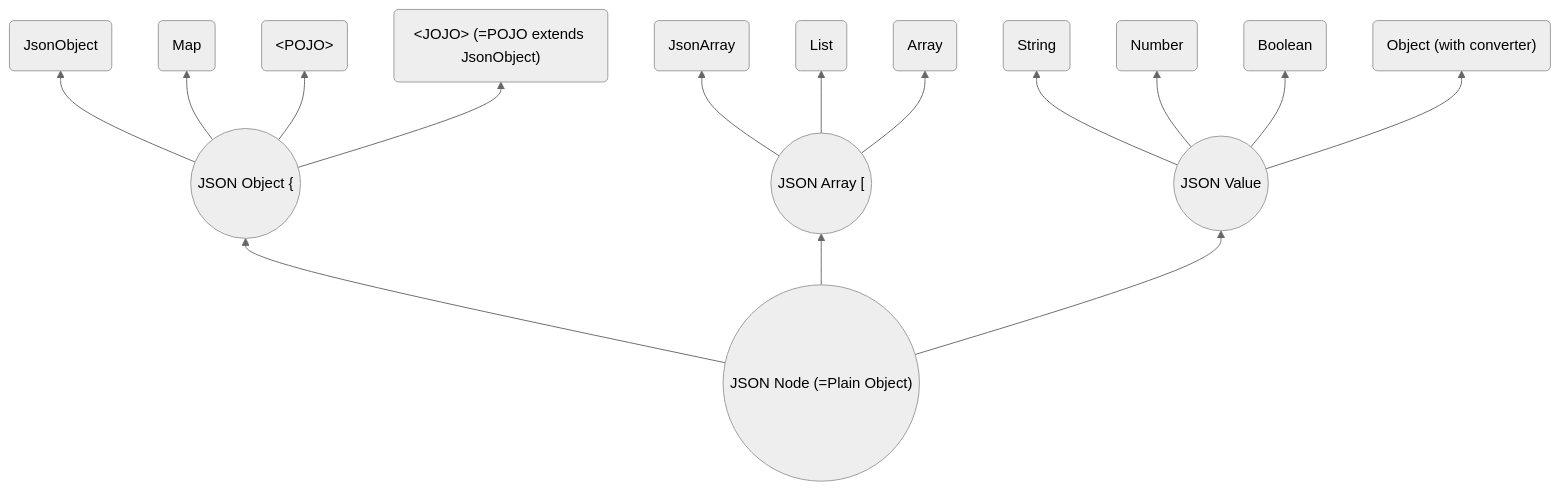
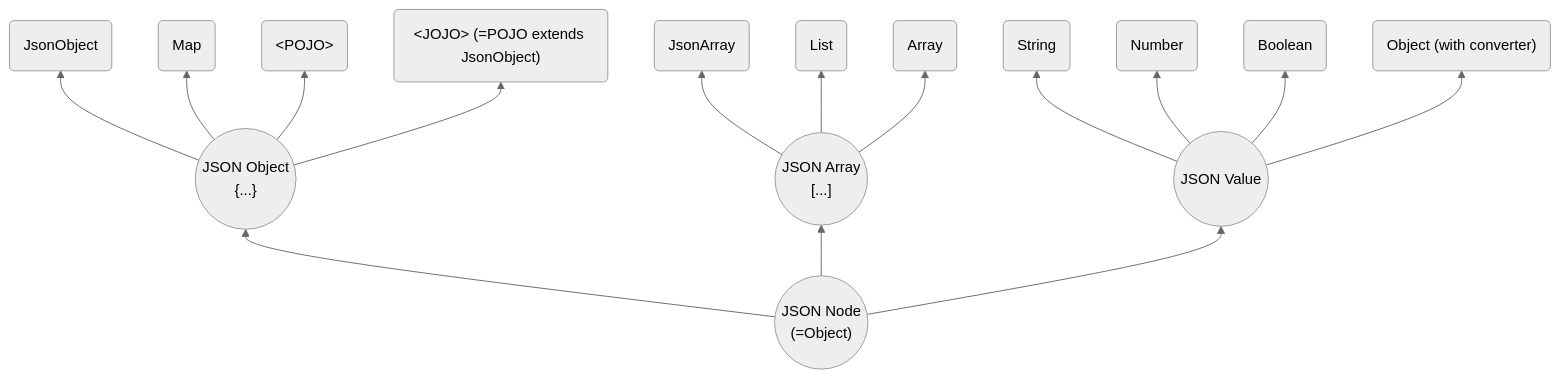
Before and after one commit to sjf4j-projects/sjf4j: the diagram in README.md, drawn with Mermaid (neutral theme).

````diff
--- a/README.md
+++ b/README.md
@@ -4,19 +4,19 @@
 ```mermaid
 graph BT
-    node(("JSON Node (=Plain Object)"))
-    node --> object(("JSON Object {"))
+    node(("JSON Node <br/> (=Object)"))
+    node --> object(("JSON Object <br/> {...}"))
         object --> jo("JsonObject")
         object --> map("Map")
         object --> pojo(" &lt;POJO&gt; ")
         object --> jojo(" &lt;JOJO&gt; (=POJO extends JsonObject)")
-    node --> array(("JSON Array ["))
+    node --> array(("JSON Array <br/> [...]"))
         array --> ja("JsonArray")
         array --> list("List")
         array --> arr("Array")
     node --> value(("JSON Value"))
         value --> string("String")
         value --> number("Number")
         value --> boolean("Boolean")
         value --> converted("Object (with converter)")
 
 ```
````
